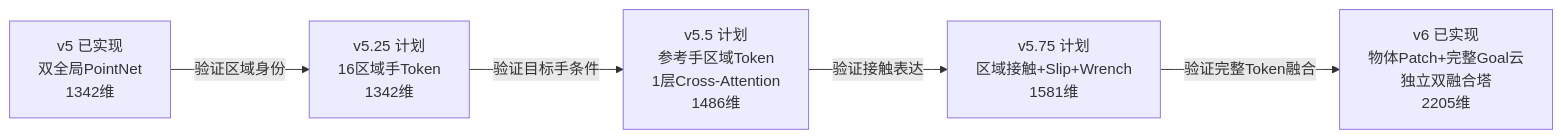
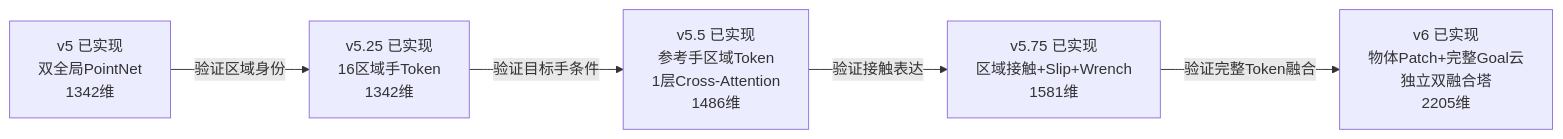
The fifth of 5 diagrams in docs/manorl_v5_to_v6_architecture.md (DexGEM-Lab/mujoco-warp-contactbench), drawn with Mermaid before and after one commit. The commit also changed other lines of this file and 9 other files, not shown here.

````diff
--- a/docs/manorl_v5_to_v6_architecture.md
+++ b/docs/manorl_v5_to_v6_architecture.md
@@ -538,13 +535,13 @@
 ```mermaid
 flowchart LR
     V5["v5 已实现\n双全局PointNet\n1342维"]
-    V525["v5.25 计划\n16区域手Token\n1342维"]
-    V55["v5.5 计划\n参考手区域Token\n1层Cross-Attention\n1486维"]
-    V575["v5.75 计划\n区域接触+Slip+Wrench\n1581维"]
+    V525["v5.25 已实现\n16区域手Token\n1342维"]
+    V55["v5.5 已实现\n参考手区域Token\n1层Cross-Attention\n1486维"]
+    V575["v5.75 已实现\n区域接触+Slip+Wrench\n1581维"]
     V6["v6 已实现\n物体Patch+完整Goal云\n独立双融合塔\n2205维"]
 
     V5 -->|"验证区域身份"| V525
     V525 -->|"验证目标手条件"| V55
     V55 -->|"验证接触表达"| V575
     V575 -->|"验证完整Token融合"| V6
 ```
````
